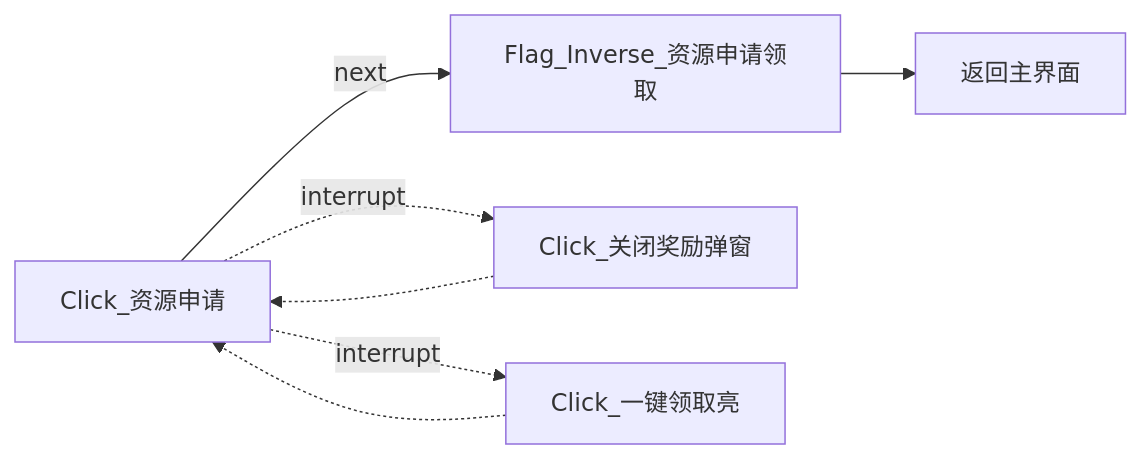
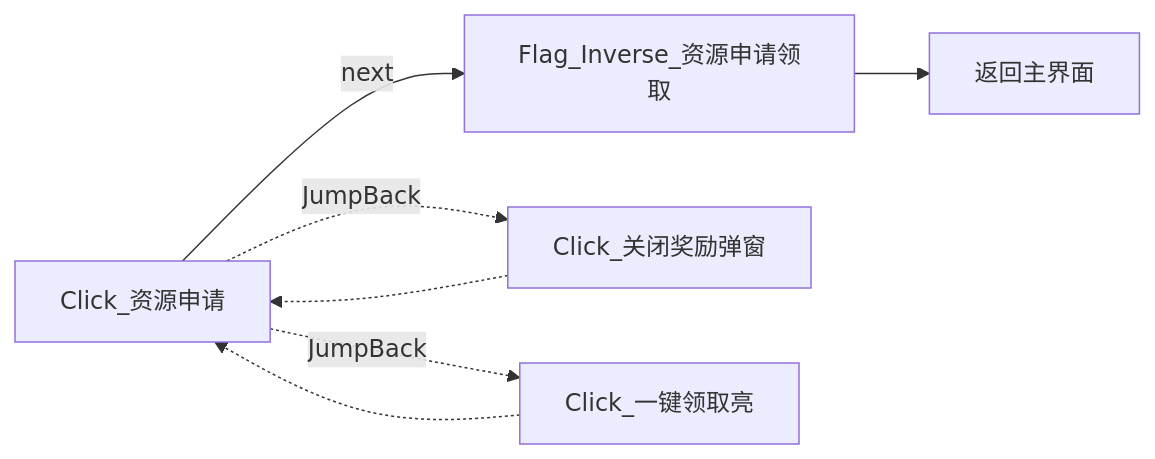
One commit to Coxwtwo/MaaTOT changed the eighth of 40 diagrams in docs/zh_cn/develop/Pipeline说明.md. Above: the diagram before and after it, drawn with Mermaid. The commit also changed other lines of this file, not shown here.

Commit message:
docs: 完善 Pipeline 说明，新增未名市移动、未名市周任务文档，interrupt→JumpBack(MaaFramework v5.1 起已废弃 interrupt 字段）

````diff
--- a/docs/zh_cn/develop/Pipeline说明.md
+++ b/docs/zh_cn/develop/Pipeline说明.md
@@ -205,9 +205,9 @@
 ```mermaid
 flowchart LR
     n5["Click_资源申请"] -->|next| n6["Flag_Inverse_资源申请领取"]
-    n5 -.->|interrupt| n7["Click_关闭奖励弹窗"]
+    n5 -.->|JumpBack| n7["Click_关闭奖励弹窗"]
     n7 -.-> n5
-    n5 -.->|interrupt| n8["Click_一键领取亮"]
+    n5 -.->|JumpBack| n8["Click_一键领取亮"]
     n8 -.-> n5
     n6 --> n00["返回主界面"]
 ```
````
